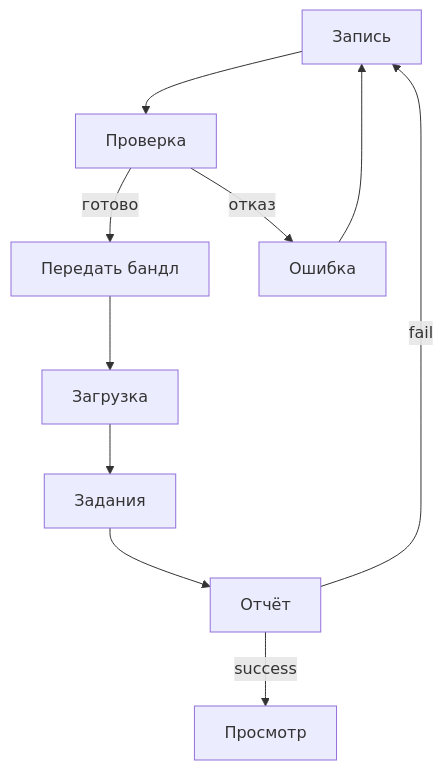
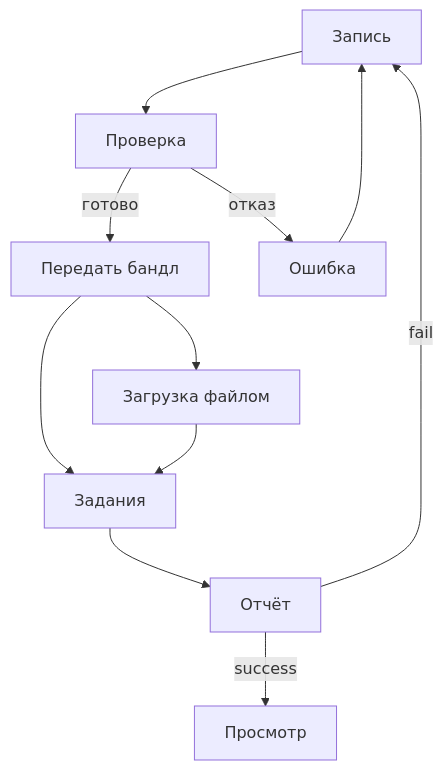
Before and after one commit to KalashnikovKV/nvc-business-analysis: the diagram in 05-screens-style-usability.md, drawn with Mermaid. The commit also changed other lines of this file and 13 other files, not shown here.

````diff
--- a/05-screens-style-usability.md
+++ b/05-screens-style-usability.md
@@ -44,12 +44,13 @@
 ```mermaid
 flowchart TB
   M1[Запись] --> M2[Проверка]
   M2 -->|готово| Share[Передать бандл]
   M2 -->|отказ| M3[Ошибка]
   M3 --> M1
-  Share --> B1[Загрузка]
-  B1 --> B2[Задания]
+  Share --> B2[Задания]
+  Share --> B1[Загрузка файлом]
+  B1 --> B2
   B2 --> B3[Отчёт]
   B3 -->|success| B4[Просмотр]
   B3 -->|fail| M1
 ```
````
